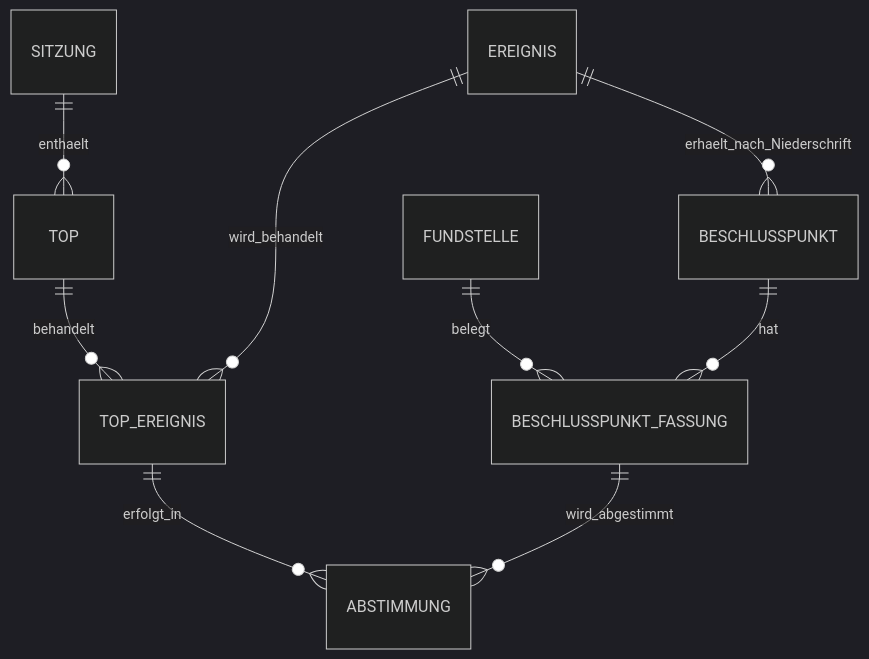
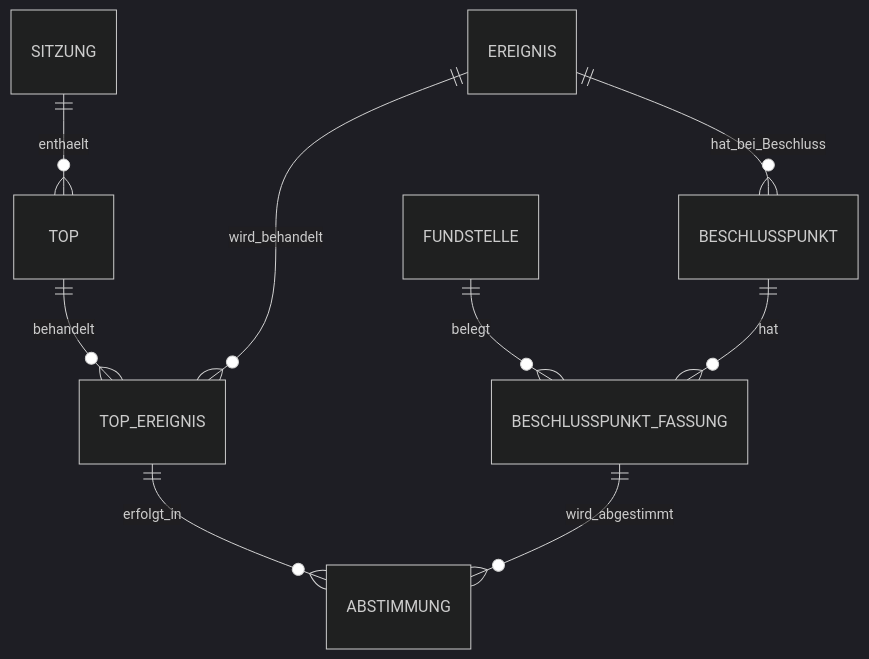
Before and after one commit to PustefixReisen/fib-echtsystem: the second of 2 diagrams in docs/Sitzungs-und-Beschlussmodell.md, drawn with Mermaid (dark theme). The commit also changed other lines of this file, not shown here.

Commit message:
G3-Audit: Ereignislogik von Vorlage und Beschluss konsolidieren

````diff
--- a/docs/Sitzungs-und-Beschlussmodell.md
+++ b/docs/Sitzungs-und-Beschlussmodell.md
@@ -176,13 +190,13 @@
 ```mermaid
 erDiagram
     SITZUNG ||--o{ TOP : enthaelt
     TOP ||--o{ TOP_EREIGNIS : behandelt
     EREIGNIS ||--o{ TOP_EREIGNIS : wird_behandelt
 
-    EREIGNIS ||--o{ BESCHLUSSPUNKT : erhaelt_nach_Niederschrift
+    EREIGNIS ||--o{ BESCHLUSSPUNKT : hat_bei_Beschluss
     BESCHLUSSPUNKT ||--o{ BESCHLUSSPUNKT_FASSUNG : hat
     BESCHLUSSPUNKT_FASSUNG ||--o{ ABSTIMMUNG : wird_abgestimmt
     TOP_EREIGNIS ||--o{ ABSTIMMUNG : erfolgt_in
 
     FUNDSTELLE ||--o{ BESCHLUSSPUNKT_FASSUNG : belegt
 ```
````
